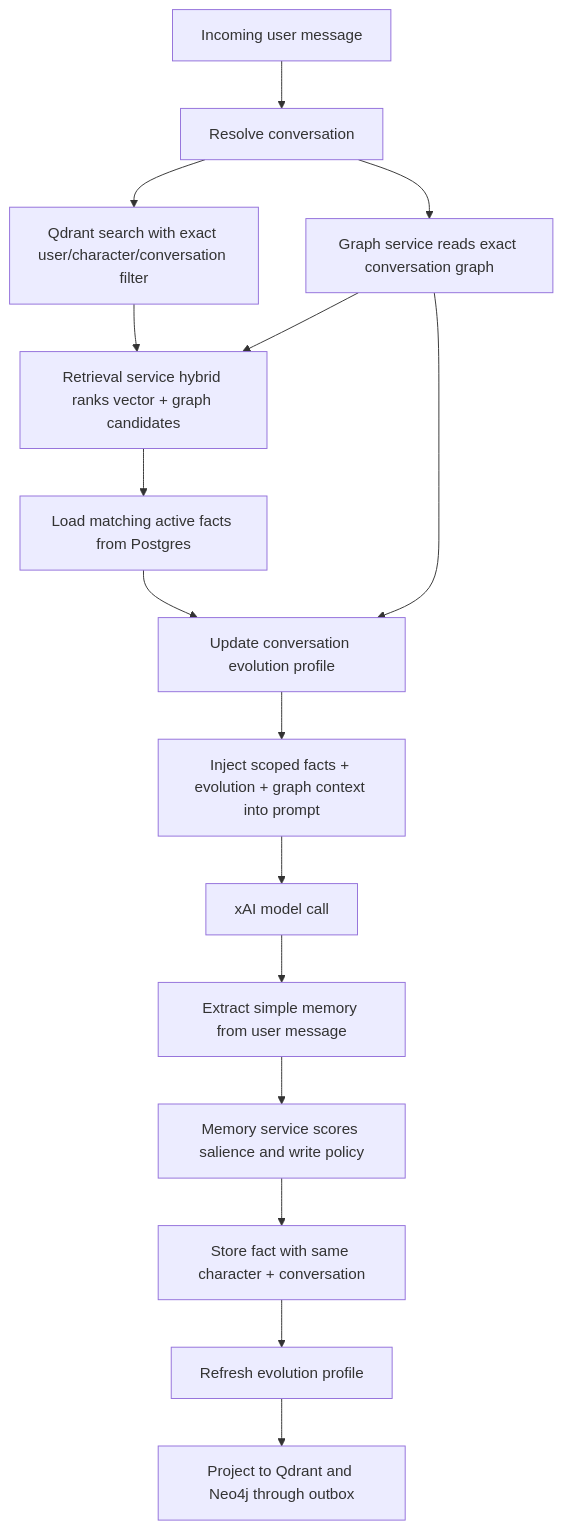
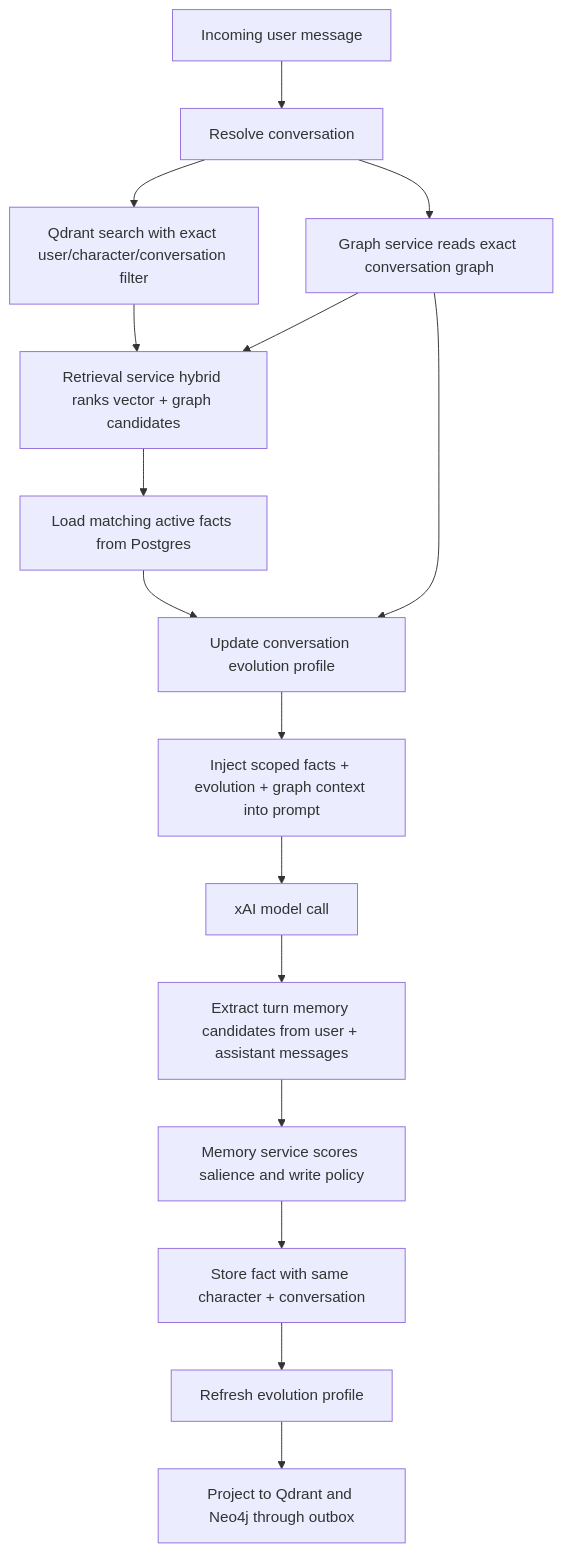
The diagram in docs/memory-architecture.md (Afnanksalal/hana-chat), drawn with Mermaid before and after one commit. The commit also changed other lines of this file and 20 other files, not shown here.

````diff
--- a/docs/memory-architecture.md
+++ b/docs/memory-architecture.md
@@ -19,18 +19,18 @@
 ```mermaid
 flowchart TD
   Message["Incoming user message"] --> Conversation["Resolve conversation"]
   Conversation --> Vector["Qdrant search with exact user/character/conversation filter"]
   Conversation --> Graph["Graph service reads exact conversation graph"]
   Vector --> Rank["Retrieval service hybrid ranks vector + graph candidates"]
   Graph --> Rank
   Rank --> LoadIds["Load matching active facts from Postgres"]
   LoadIds --> Evolve["Update conversation evolution profile"]
   Graph --> Evolve
   Evolve --> Prompt["Inject scoped facts + evolution + graph context into prompt"]
   Prompt --> Model["xAI model call"]
-  Model --> Extract["Extract simple memory from user message"]
+  Model --> Extract["Extract turn memory candidates from user + assistant messages"]
   Extract --> Policy["Memory service scores salience and write policy"]
   Policy --> Store["Store fact with same character + conversation"]
   Store --> Refresh["Refresh evolution profile"]
   Refresh --> Project["Project to Qdrant and Neo4j through outbox"]
 ```
````
